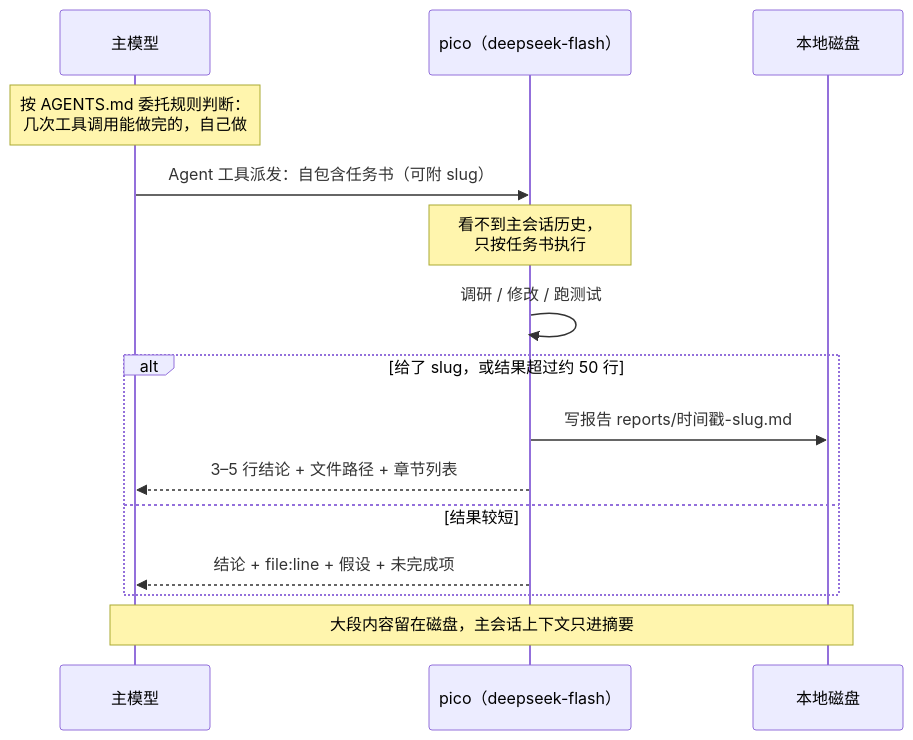
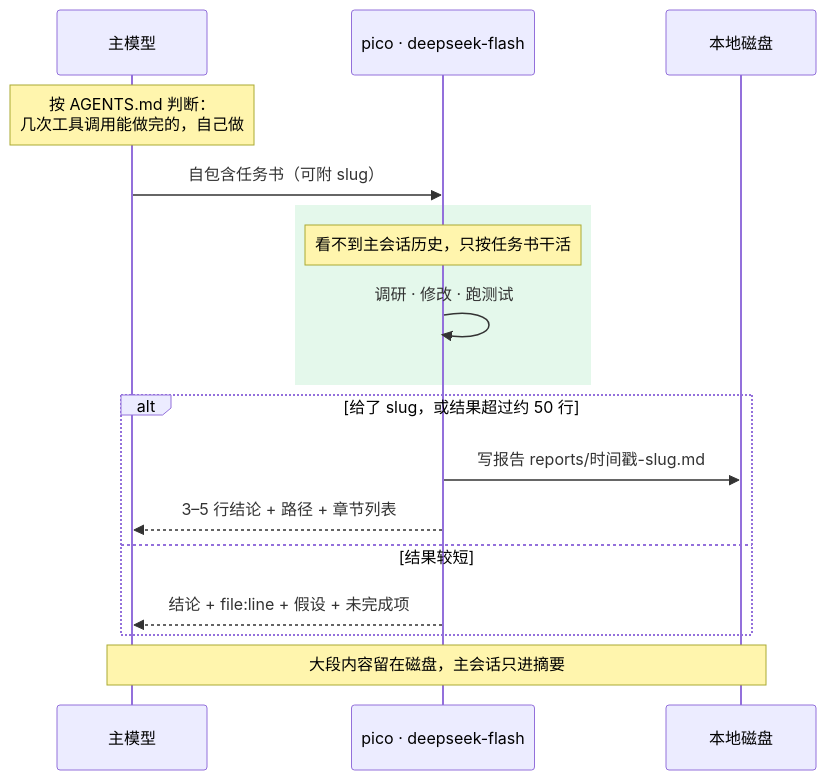
Before and after one commit to Jerry2003sky/pi-playbook: the third of 5 diagrams in drafts/mermaid-草图.md, drawn with Mermaid. The commit also changed other lines of this file, not shown here.

Commit message:
docs: 草图按角色上色、精简布局，补整体架构图

````diff
--- a/drafts/mermaid-草图.md
+++ b/drafts/mermaid-草图.md
@@ -40,18 +58,23 @@
 ```mermaid
 sequenceDiagram
     participant M as 主模型
-    participant P as pico（deepseek-flash）
+    participant P as pico · deepseek-flash
     participant D as 本地磁盘
 
-    Note over M: 按 AGENTS.md 委托规则判断：<br/>几次工具调用能做完的，自己做
-    M->>P: Agent 工具派发：自包含任务书（可附 slug）
-    Note over P: 看不到主会话历史，<br/>只按任务书执行
-    P->>P: 调研 / 修改 / 跑测试
+    Note over M: 按 AGENTS.md 判断：<br/>几次工具调用能做完的，自己做
+    M->>P: 自包含任务书（可附 slug）
+
+    rect rgba(34, 197, 94, 0.12)
+        Note over P: 看不到主会话历史，只按任务书干活
+        P->>P: 调研 · 修改 · 跑测试
+    end
+
     alt 给了 slug，或结果超过约 50 行
         P->>D: 写报告 reports/时间戳-slug.md
-        P-->>M: 3–5 行结论 + 文件路径 + 章节列表
+        P-->>M: 3–5 行结论 + 路径 + 章节列表
     else 结果较短
         P-->>M: 结论 + file:line + 假设 + 未完成项
     end
-    Note over M,D: 大段内容留在磁盘，主会话上下文只进摘要
+
+    Note over M,D: 大段内容留在磁盘，主会话只进摘要
 ```
````
